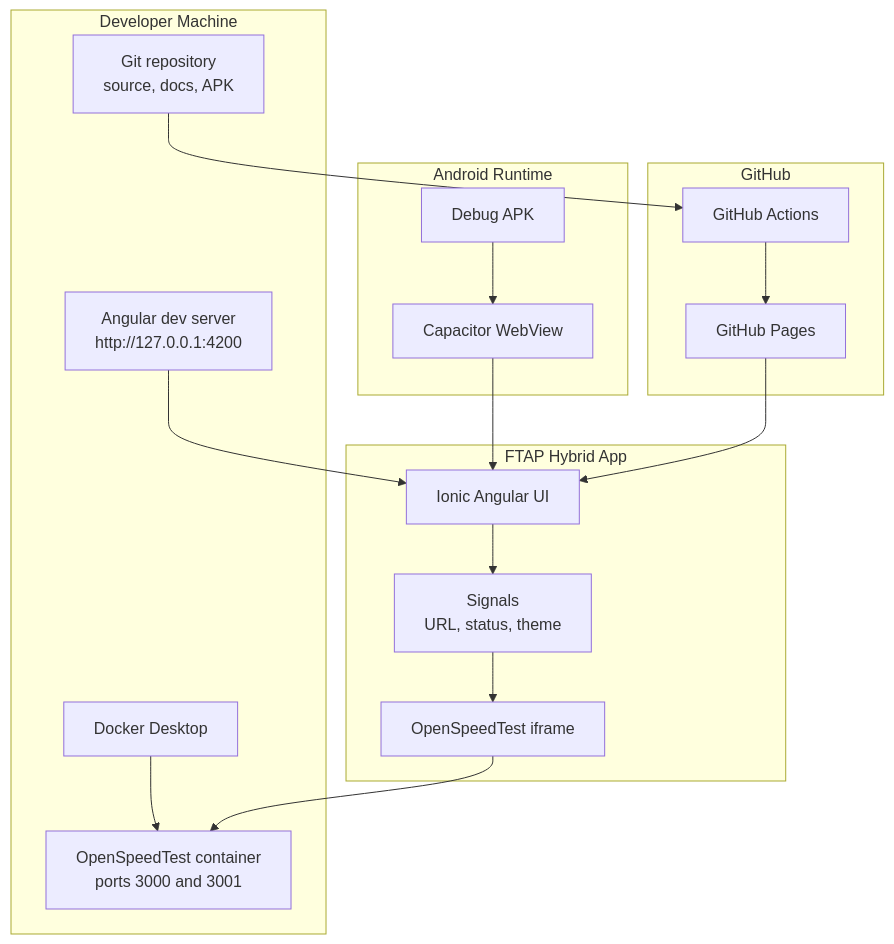
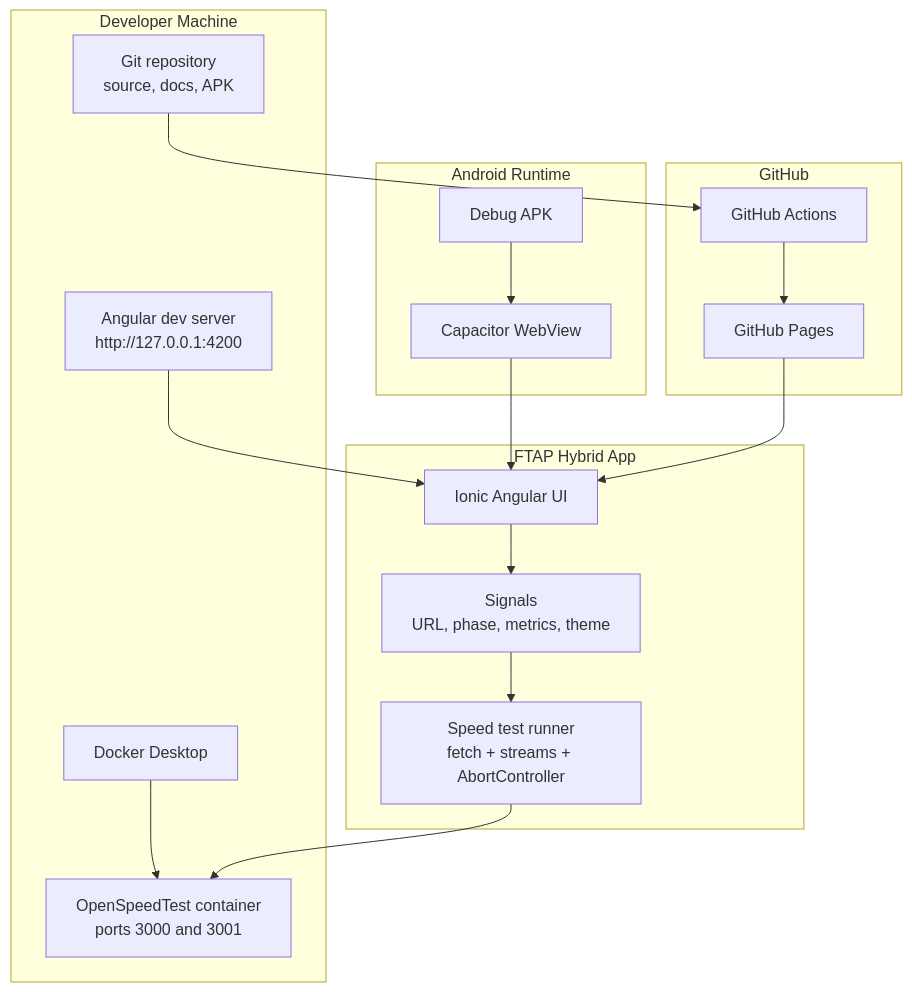
One commit to rgalor-ca/openspeedtest-ftap-poc changed the first of 11 diagrams in docs/DOCUMENTATION.md. Above: the diagram before and after it, drawn with Mermaid. The commit also changed other lines of this file and 13 other files, not shown here.

Commit message:
Refactor FTAP OpenSpeedTest POC UI

````diff
--- a/docs/DOCUMENTATION.md
+++ b/docs/DOCUMENTATION.md
@@ -39,36 +59,36 @@
 ```mermaid
 flowchart TB
   subgraph "Developer Machine"
     Docker["Docker Desktop"]
     OST["OpenSpeedTest container<br>ports 3000 and 3001"]
     Angular["Angular dev server<br>http://127.0.0.1:4200"]
     Repo["Git repository<br>source, docs, APK"]
   end
 
   subgraph "FTAP Hybrid App"
     UI["Ionic Angular UI"]
-    State["Signals<br>URL, status, theme"]
-    Frame["OpenSpeedTest iframe"]
+    State["Signals<br>URL, phase, metrics, theme"]
+    Engine["Speed test runner<br>fetch + streams + AbortController"]
   end
 
   subgraph "Android Runtime"
     APK["Debug APK"]
     WebView["Capacitor WebView"]
   end
 
   subgraph "GitHub"
     Pages["GitHub Pages"]
     Actions["GitHub Actions"]
   end
 
   Docker --> OST
   Angular --> UI
   Repo --> Actions
   Actions --> Pages
   UI --> State
-  State --> Frame
+  State --> Engine
   APK --> WebView
   WebView --> UI
-  Frame --> OST
+  Engine --> OST
   Pages --> UI
 ```
````
